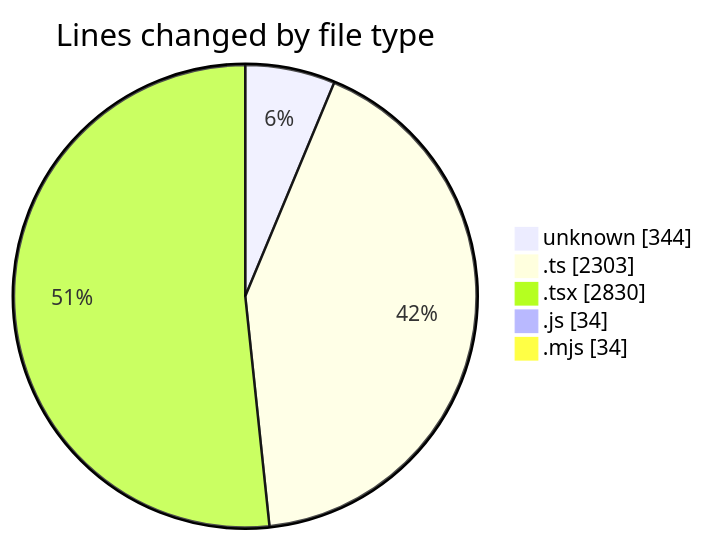
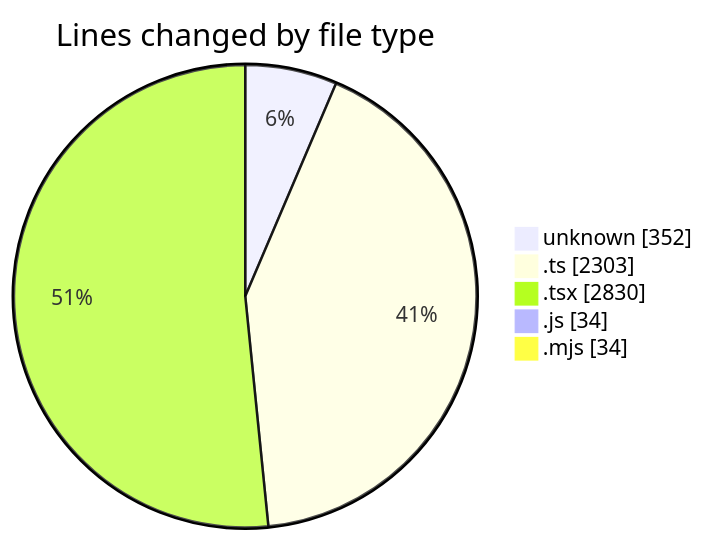
One commit to CELIANVF/code-tracking changed the first of 2 diagrams in 2025-06-13/ecodeli-1/README.md. Above: the diagram before and after it, drawn with Mermaid. The commit also changed other lines of this file and 1 other file, not shown here.

````diff
--- a/2025-06-13/ecodeli-1/README.md
+++ b/2025-06-13/ecodeli-1/README.md
@@ -29,9 +29,9 @@
 ```mermaid
 pie showData
 title Lines changed by file type
-"unknown" : 344
+"unknown" : 352
 ".ts" : 2303
 ".tsx" : 2830
 ".js" : 34
 ".mjs" : 34
 ```
````
